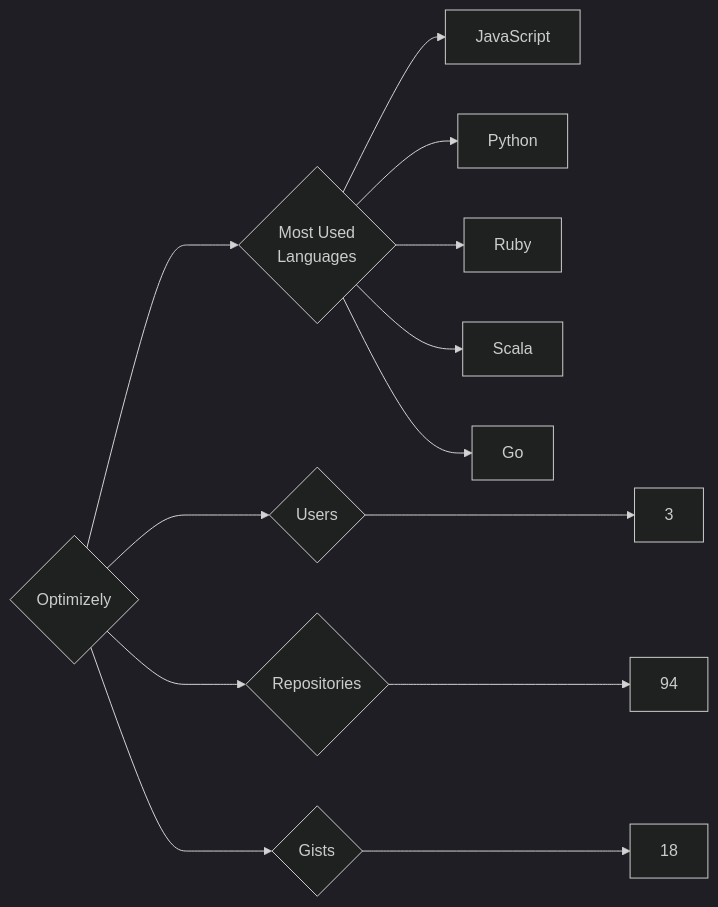
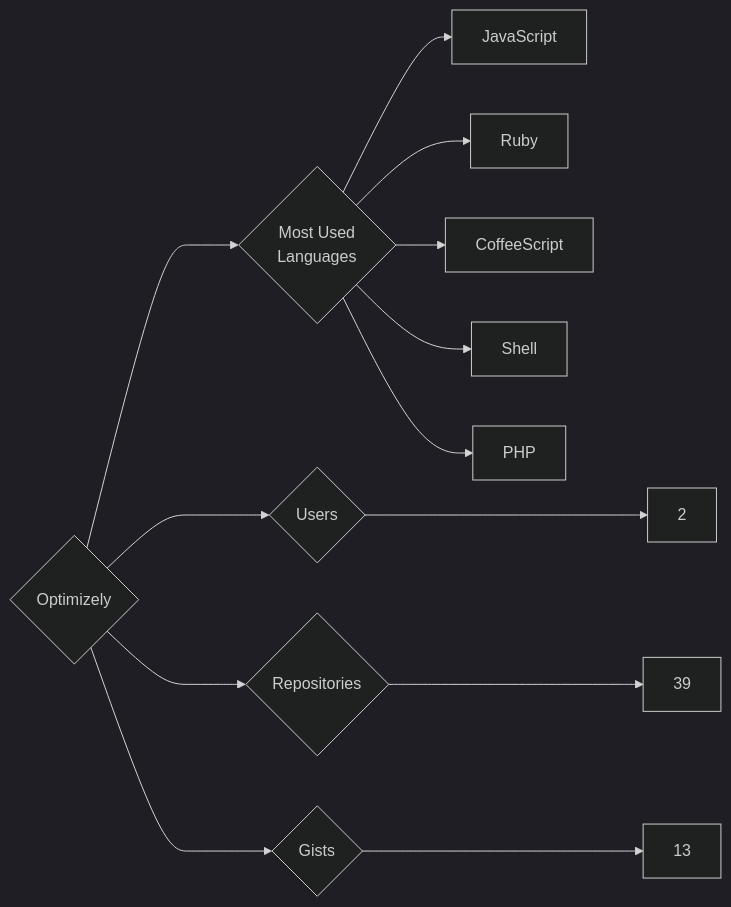
One commit to trickest/insiders changed the diagram in targets/Optimizely/README.md. Above: the diagram before and after it, drawn with Mermaid (dark theme). The commit also changed 797 other files, not shown here.

````diff
--- a/targets/Optimizely/README.md
+++ b/targets/Optimizely/README.md
@@ -3,13 +3,13 @@
 ```mermaid
 graph LR
 COMPANY_NAME{Optimizely}
-COMPANY_NAME ---> U{Users} ---> UN[3]
-COMPANY_NAME ---> R{Repositories} ---> RN[94]
-COMPANY_NAME ---> G{Gists} ---> GN[18]
+COMPANY_NAME ---> U{Users} ---> UN[2]
+COMPANY_NAME ---> R{Repositories} ---> RN[39]
+COMPANY_NAME ---> G{Gists} ---> GN[13]
 COMPANY_NAME ---> ML{Most Used<br>Languages}
 ML --> JavaScript[JavaScript]
-ML --> Python[Python]
 ML --> Ruby[Ruby]
-ML --> Scala[Scala]
-ML --> Go[Go]
+ML --> CoffeeScript[CoffeeScript]
+ML --> Shell[Shell]
+ML --> PHP[PHP]
 ```
````
